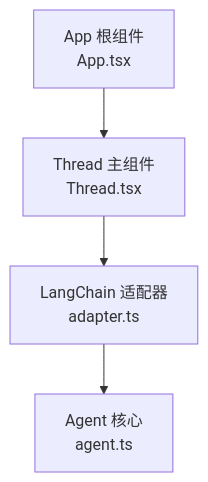
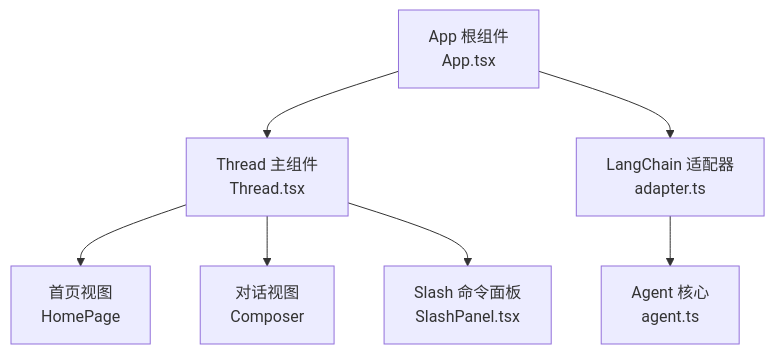
Diagram 11 of 13 in .qoder/repowiki/zh/content/核心架构/核心架构.md (HAOFUYANG/onion-code), drawn with Mermaid before and after one commit. The commit also changed other lines of this file and 29 other files, not shown here.

````diff
--- a/.qoder/repowiki/zh/content/核心架构/核心架构.md
+++ b/.qoder/repowiki/zh/content/核心架构/核心架构.md
@@ -369,9 +516,15 @@
 ```mermaid
 graph TB
 App["App 根组件<br/>App.tsx"]
 Thread["Thread 主组件<br/>Thread.tsx"]
+HomePage["首页视图<br/>HomePage"]
+Composer["对话视图<br/>Composer"]
+SlashPanel["Slash 命令面板<br/>SlashPanel.tsx"]
 Adapter["LangChain 适配器<br/>adapter.ts"]
 App --> Thread
-Thread --> Adapter
+Thread --> HomePage
+Thread --> Composer
+Thread --> SlashPanel
+App --> Adapter
 Adapter --> Agent["Agent 核心<br/>agent.ts"]
 ```
````
